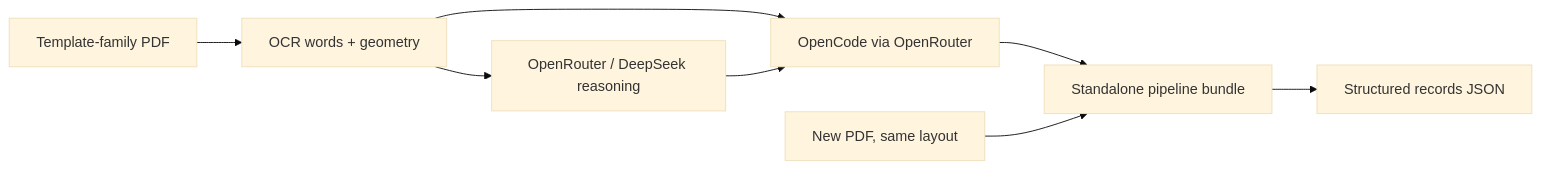
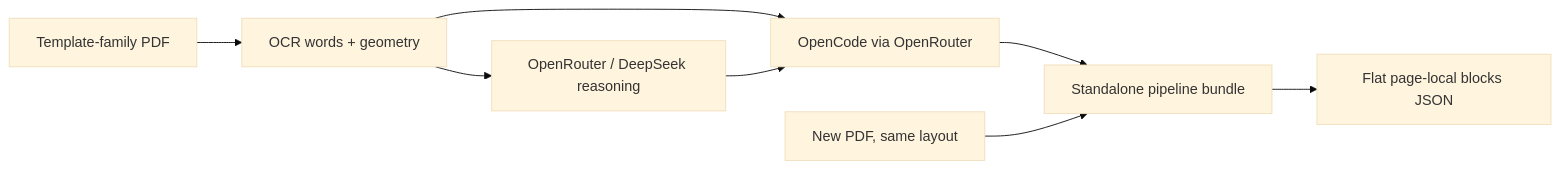
Before and after one commit to riccardobollati/twix_2: the first of 6 diagrams in README.md, drawn with Mermaid (base theme). The commit also changed other lines of this file and 29 other files, not shown here.

Commit message:
Refactor pipeline orchestration and evaluation flow

````diff
--- a/README.md
+++ b/README.md
@@ -30,10 +30,10 @@
 ```mermaid
 flowchart LR
     A["Template-family PDF"] --> B["OCR words + geometry"]
     B --> C["OpenRouter / DeepSeek reasoning"]
     B --> D["OpenCode via OpenRouter"]
     C --> D
     D --> E["Standalone pipeline bundle"]
-    E --> F["Structured records JSON"]
+    E --> F["Flat page-local blocks JSON"]
     G["New PDF, same layout"] --> E
 ```
````
